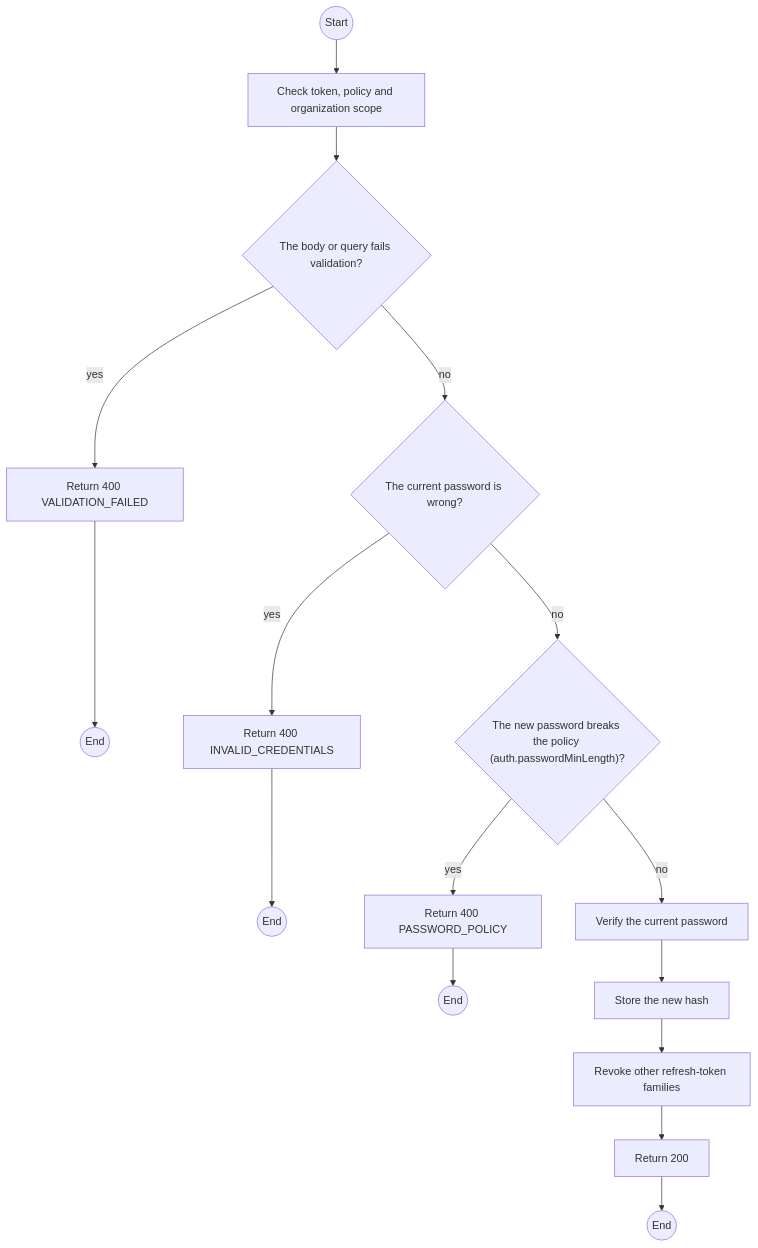
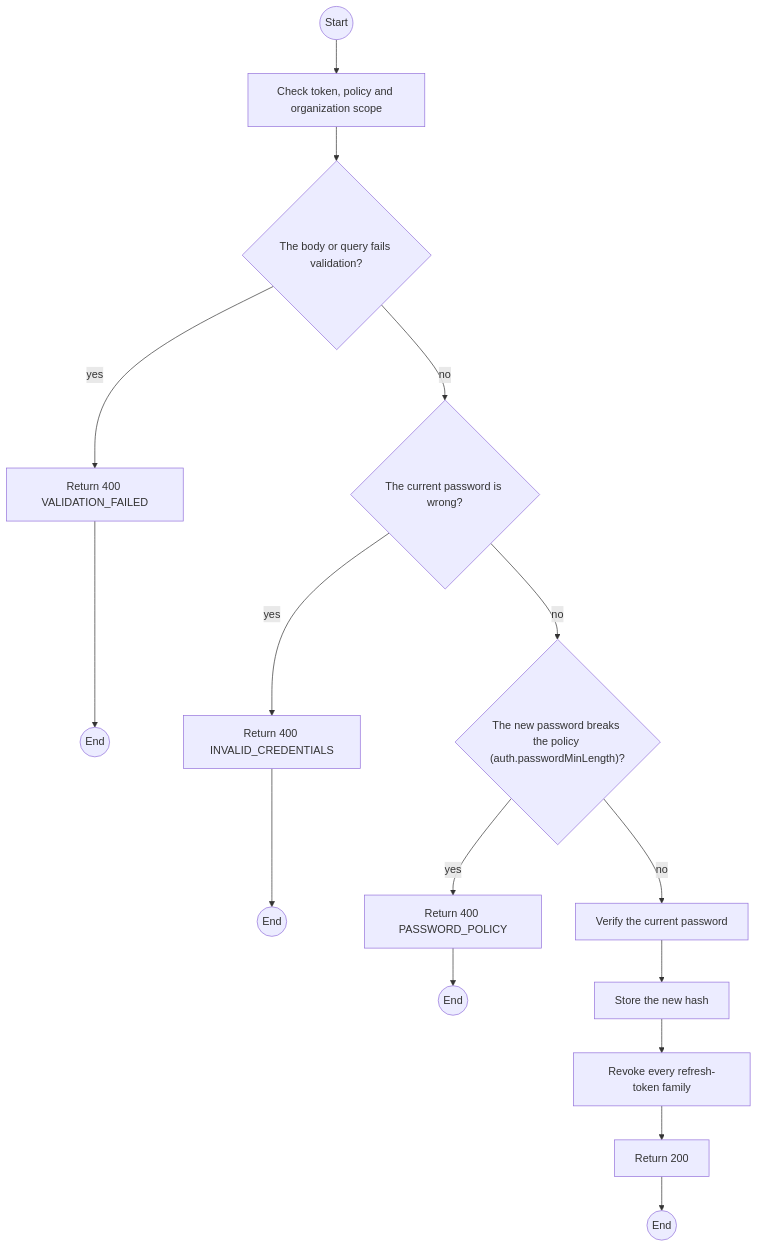
Before and after one commit to TrekLink-Team/treklink-web: the first of 2 diagrams in specs/auth/api-design/08-post-auth-password-change.md, drawn with Mermaid. The commit also changed other lines of this file and 5 other files, not shown here.

````diff
--- a/specs/auth/api-design/08-post-auth-password-change.md
+++ b/specs/auth/api-design/08-post-auth-password-change.md
@@ -142,30 +142,30 @@
 ```mermaid
 flowchart TB
     S((Start))
     A0["Check token, policy and organization scope"]
     S --> A0
     D1{"The body or query fails validation?"}
     A0 --> D1
     E1["Return 400 VALIDATION_FAILED"]
     D1 -->|yes| E1
     E1 --> X1((End))
     D2{"The current password is wrong?"}
     D1 -->|no| D2
     E2["Return 400 INVALID_CREDENTIALS"]
     D2 -->|yes| E2
     E2 --> X2((End))
     D3{"The new password breaks the policy (auth.passwordMinLength)?"}
     D2 -->|no| D3
     E3["Return 400 PASSWORD_POLICY"]
     D3 -->|yes| E3
     E3 --> X3((End))
     P0["Verify the current password"]
     D3 -->|no| P0
     P1["Store the new hash"]
     P0 --> P1
-    P2["Revoke other refresh-token families"]
+    P2["Revoke every refresh-token family"]
     P1 --> P2
     OK["Return 200"]
     P2 --> OK
     OK --> Z((End))
 ```
````
